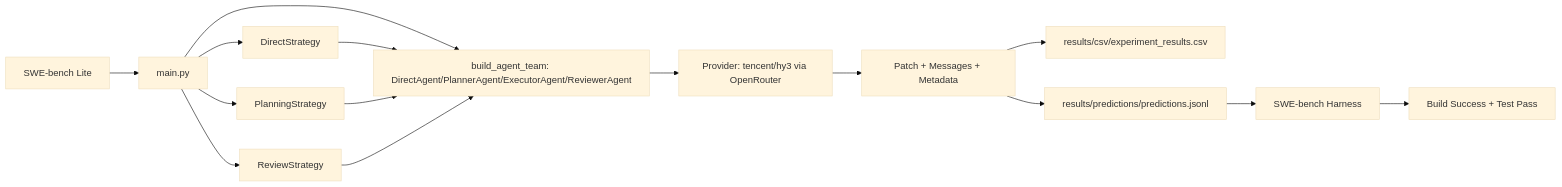
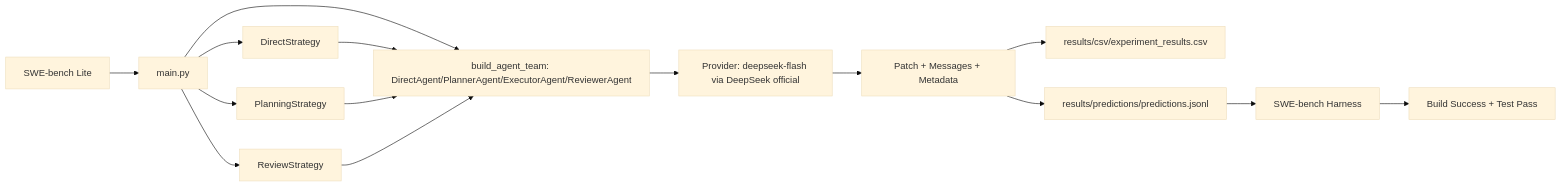
One commit to agirahman/AgentBench-SE changed the diagram in README.md. Above: the diagram before and after it, drawn with Mermaid (base theme). The commit also changed other lines of this file and 1 other file, not shown here.

First line of the commit message:
Document DeepSeek official switch in README and MEMORY

````diff
--- a/README.md
+++ b/README.md
@@ -32,17 +32,17 @@
 ```mermaid
 flowchart LR
     A[SWE-bench Lite] --> B[main.py]
     B --> T[build_agent_team: DirectAgent/PlannerAgent/ExecutorAgent/ReviewerAgent]
     B --> C1[DirectStrategy]
     B --> C2[PlanningStrategy]
     B --> C3[ReviewStrategy]
     C1 --> T
     C2 --> T
     C3 --> T
-    T --> P[Provider: tencent/hy3 via OpenRouter]
+    T --> P[Provider: deepseek-flash via DeepSeek official]
     P --> D[Patch + Messages + Metadata]
     D --> E[results/csv/experiment_results.csv]
     D --> F[results/predictions/predictions.jsonl]
     F --> G[SWE-bench Harness]
     G --> H[Build Success + Test Pass]
 ```
````
